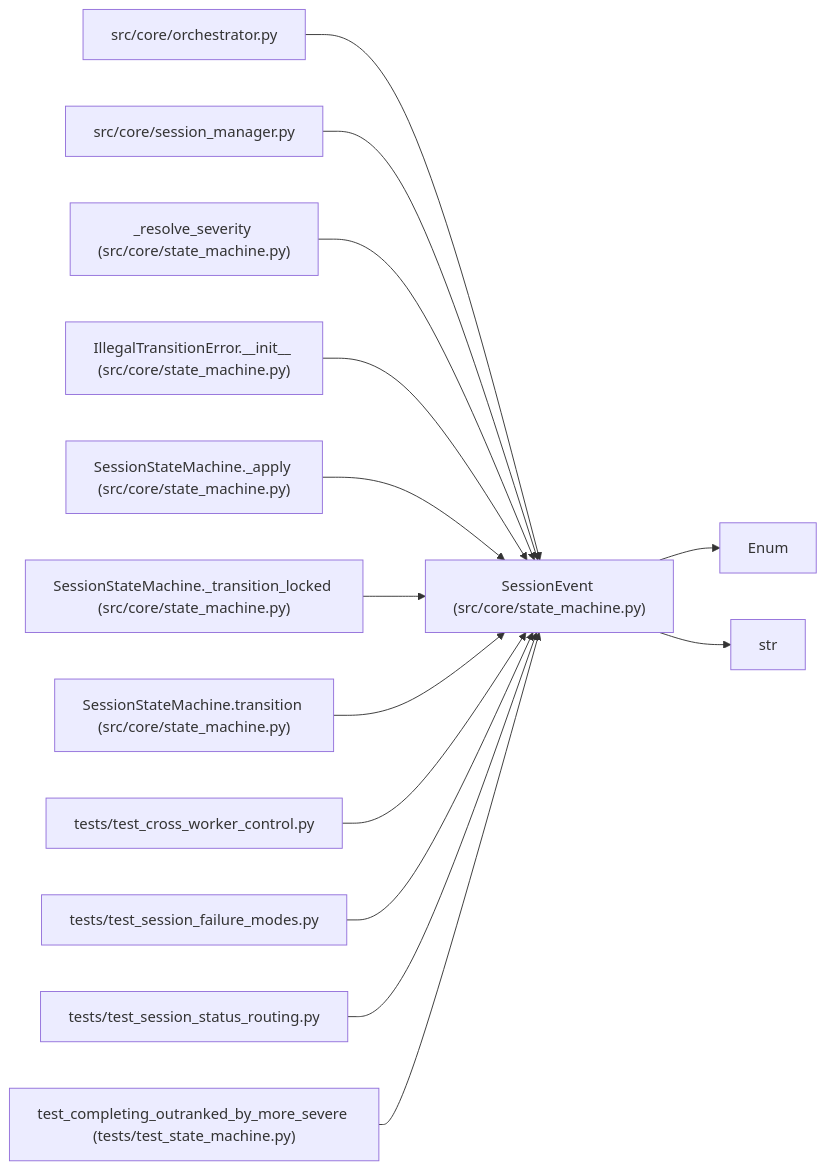
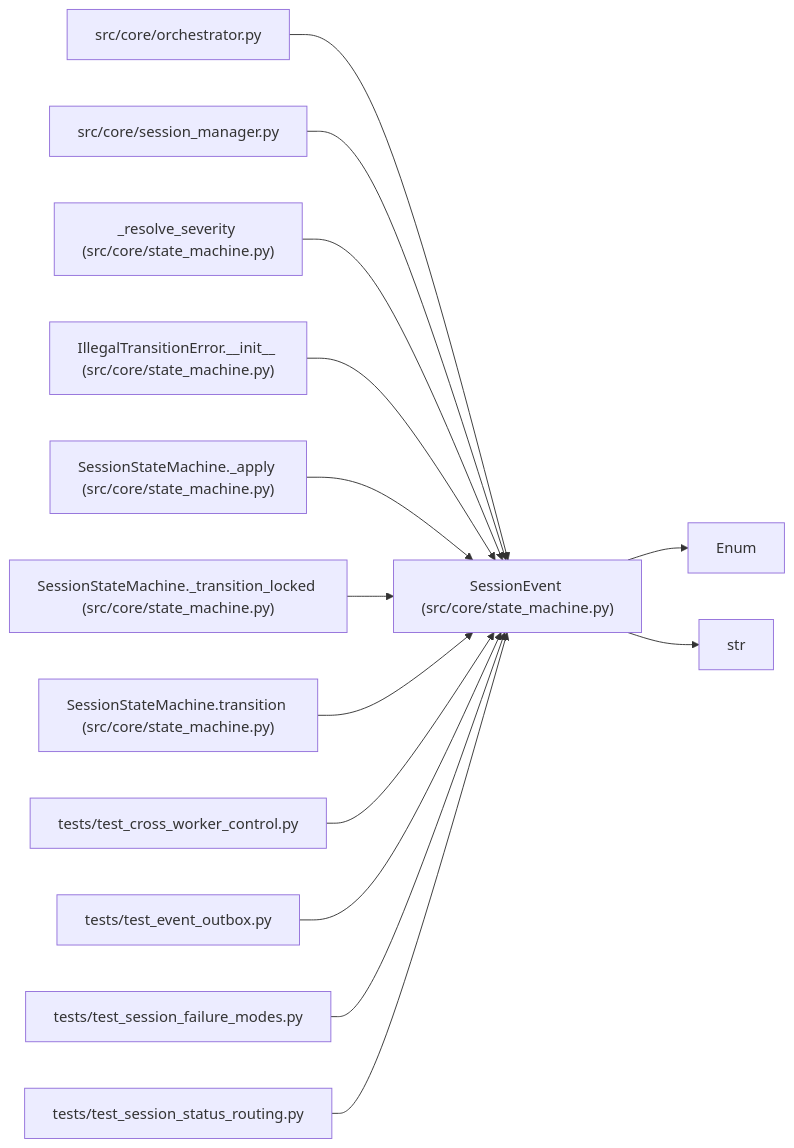
One commit to Denissvgn/autoresearch-agent changed the diagram in docs/llm_wiki/entities/SessionEvent.md. Above: the diagram before and after it, drawn with Mermaid. The commit also changed other lines of this file and 1033 other files, not shown here.

````diff
--- a/docs/llm_wiki/entities/SessionEvent.md
+++ b/docs/llm_wiki/entities/SessionEvent.md
@@ -34,42 +34,42 @@
 ```mermaid
 flowchart LR
     n0["SessionEvent (src/core/state_machine.py)"]
     n1["Enum"]
     n2["str"]
     n3["src/core/orchestrator.py"]
     n4["src/core/session_manager.py"]
     n5["_resolve_severity (src/core/state_machine.py)"]
     n6["IllegalTransitionError.__init__ (src/core/state_machine.py)"]
     n7["SessionStateMachine._apply (src/core/state_machine.py)"]
     n8["SessionStateMachine._transition_locked (src/core/state_machine.py)"]
     n9["SessionStateMachine.transition (src/core/state_machine.py)"]
     n10["tests/test_cross_worker_control.py"]
-    n11["tests/test_session_failure_modes.py"]
-    n12["tests/test_session_status_routing.py"]
-    n13["test_completing_outranked_by_more_severe (tests/test_state_machine.py)"]
+    n11["tests/test_event_outbox.py"]
+    n12["tests/test_session_failure_modes.py"]
+    n13["tests/test_session_status_routing.py"]
     n0 --> n1
     n0 --> n2
     n3 --> n0
     n4 --> n0
     n5 --> n0
     n6 --> n0
     n7 --> n0
     n8 --> n0
     n9 --> n0
     n10 --> n0
     n11 --> n0
     n12 --> n0
     n13 --> n0
     click n0 "../modules/state_machine.md"
     click n3 "../modules/orchestrator.md"
     click n4 "../modules/session_manager.md"
     click n5 "../modules/state_machine.md"
     click n6 "../modules/state_machine.md"
     click n7 "../modules/state_machine.md"
     click n8 "../modules/state_machine.md"
     click n9 "../modules/state_machine.md"
     click n10 "../modules/test_cross_worker_control.md"
-    click n11 "../modules/test_session_failure_modes.md"
-    click n12 "../modules/test_session_status_routing.md"
-    click n13 "../modules/test_state_machine.md"
+    click n11 "../modules/test_event_outbox.md"
+    click n12 "../modules/test_session_failure_modes.md"
+    click n13 "../modules/test_session_status_routing.md"
 ```
````
